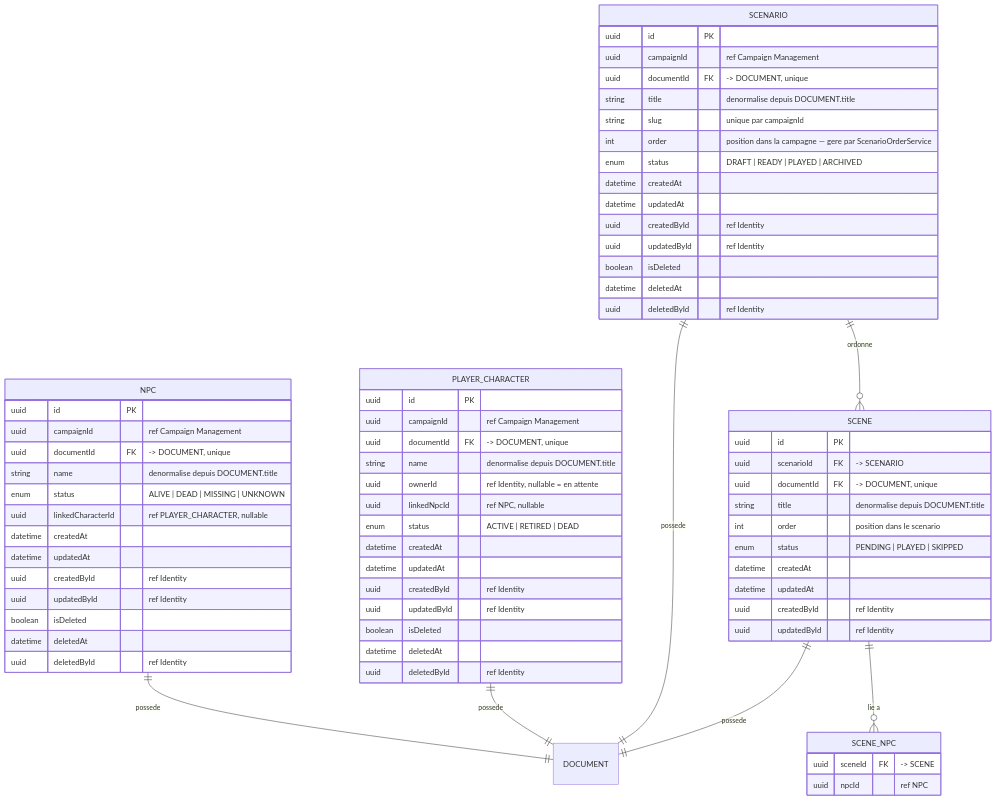
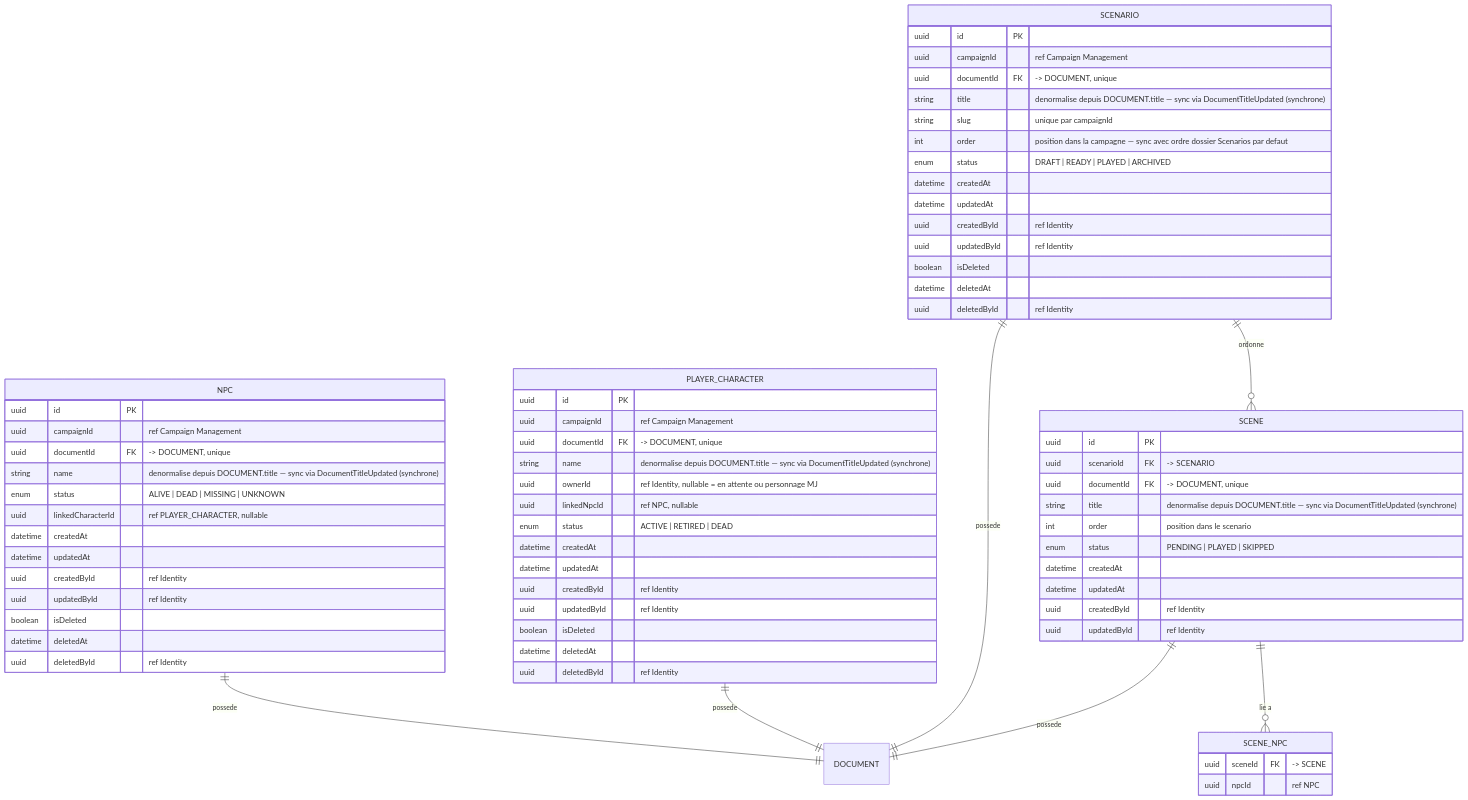
One commit to 2025-10-CDA-ECO-P6/PM-micro-saas changed the sixth of 7 diagrams in docs/conception/MCD.md. Above: the diagram before and after it, drawn with Mermaid. The commit also changed other lines of this file and 8 other files, not shown here.

Commit message:
docs: complete architectural audit corrections and add missing documentation

````diff
--- a/docs/conception/MCD.md
+++ b/docs/conception/MCD.md
@@ -344,72 +379,72 @@
 ```mermaid
 erDiagram
     NPC {
         uuid id PK
         uuid campaignId "ref Campaign Management"
         uuid documentId FK "-> DOCUMENT, unique"
-        string name "denormalise depuis DOCUMENT.title"
+        string name "denormalise depuis DOCUMENT.title — sync via DocumentTitleUpdated (synchrone)"
         enum status "ALIVE | DEAD | MISSING | UNKNOWN"
         uuid linkedCharacterId "ref PLAYER_CHARACTER, nullable"
         datetime createdAt
         datetime updatedAt
         uuid createdById "ref Identity"
         uuid updatedById "ref Identity"
         boolean isDeleted
         datetime deletedAt
         uuid deletedById "ref Identity"
     }
     PLAYER_CHARACTER {
         uuid id PK
         uuid campaignId "ref Campaign Management"
         uuid documentId FK "-> DOCUMENT, unique"
-        string name "denormalise depuis DOCUMENT.title"
-        uuid ownerId "ref Identity, nullable = en attente"
+        string name "denormalise depuis DOCUMENT.title — sync via DocumentTitleUpdated (synchrone)"
+        uuid ownerId "ref Identity, nullable = en attente ou personnage MJ"
         uuid linkedNpcId "ref NPC, nullable"
         enum status "ACTIVE | RETIRED | DEAD"
         datetime createdAt
         datetime updatedAt
         uuid createdById "ref Identity"
         uuid updatedById "ref Identity"
         boolean isDeleted
         datetime deletedAt
         uuid deletedById "ref Identity"
     }
     SCENARIO {
         uuid id PK
         uuid campaignId "ref Campaign Management"
         uuid documentId FK "-> DOCUMENT, unique"
-        string title "denormalise depuis DOCUMENT.title"
+        string title "denormalise depuis DOCUMENT.title — sync via DocumentTitleUpdated (synchrone)"
         string slug "unique par campaignId"
-        int order "position dans la campagne — gere par ScenarioOrderService"
+        int order "position dans la campagne — sync avec ordre dossier Scenarios par defaut"
         enum status "DRAFT | READY | PLAYED | ARCHIVED"
         datetime createdAt
         datetime updatedAt
         uuid createdById "ref Identity"
         uuid updatedById "ref Identity"
         boolean isDeleted
         datetime deletedAt
         uuid deletedById "ref Identity"
     }
     SCENE {
         uuid id PK
         uuid scenarioId FK "-> SCENARIO"
         uuid documentId FK "-> DOCUMENT, unique"
-        string title "denormalise depuis DOCUMENT.title"
+        string title "denormalise depuis DOCUMENT.title — sync via DocumentTitleUpdated (synchrone)"
         int order "position dans le scenario"
         enum status "PENDING | PLAYED | SKIPPED"
         datetime createdAt
         datetime updatedAt
         uuid createdById "ref Identity"
         uuid updatedById "ref Identity"
     }
     SCENE_NPC {
         uuid sceneId FK "-> SCENE"
         uuid npcId "ref NPC"
     }
     NPC ||--|| DOCUMENT : "possede"
     PLAYER_CHARACTER ||--|| DOCUMENT : "possede"
     SCENARIO ||--|| DOCUMENT : "possede"
     SCENARIO ||--o{ SCENE : "ordonne"
     SCENE ||--|| DOCUMENT : "possede"
     SCENE ||--o{ SCENE_NPC : "lie a"
 ```
````
